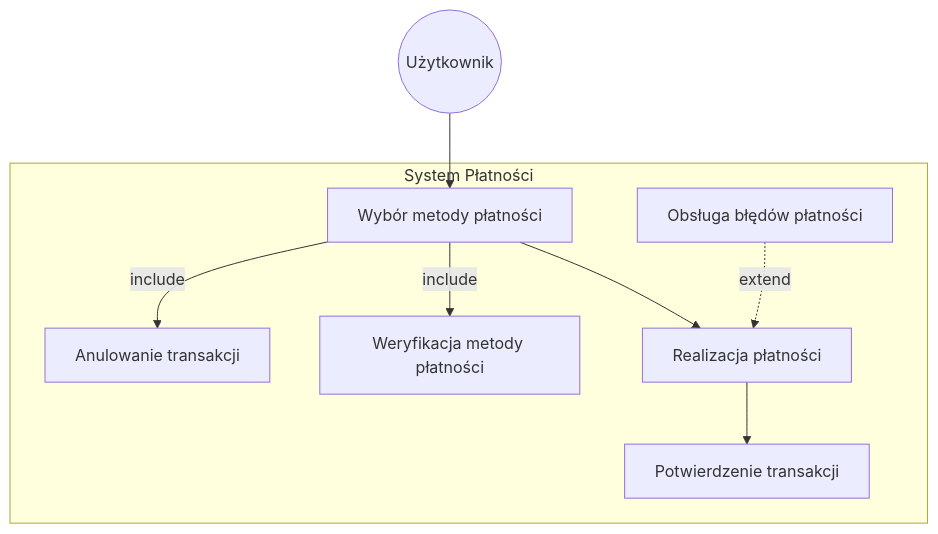
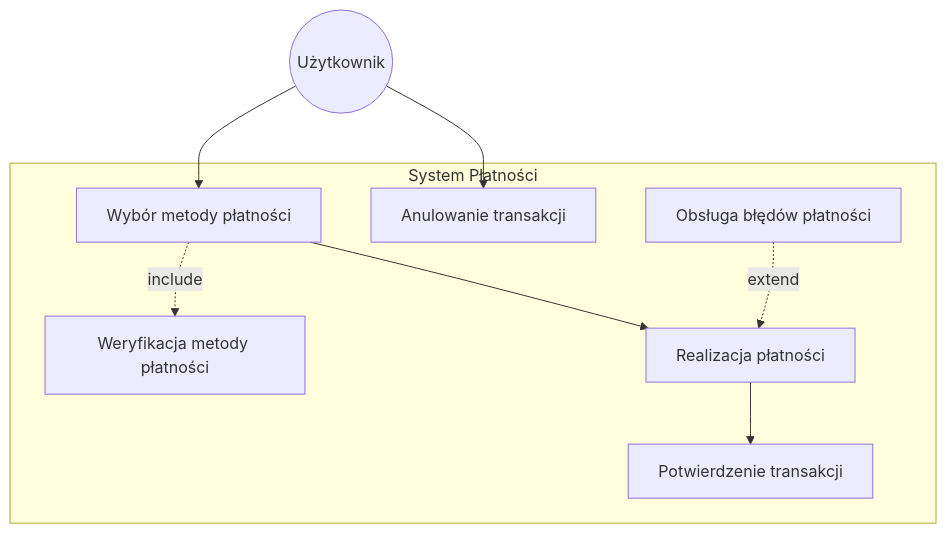
One commit to ArtemOmelchenk0/MWO changed the third of 5 diagrams in Historie dla użytkownika.md. Above: the diagram before and after it, drawn with Mermaid. The commit also changed other lines of this file, not shown here.

Commit message:
Update UC diagrams for użytkownik.md

````diff
--- a/Historie dla użytkownika.md
+++ b/Historie dla użytkownika.md
@@ -76,31 +76,31 @@
 ```mermaid
 graph TD
     User(("Użytkownik"))
     UseCase1["Wybór metody płatności"]
     UseCase2["Weryfikacja metody płatności"]
     UseCase3["Realizacja płatności"]
     UseCase4["Potwierdzenie transakcji"]
     UseCase5["Anulowanie transakcji"]
     UseCase6["Obsługa błędów płatności"]
 
     User --> UseCase1
-    
+    User --> UseCase5
     UseCase1 --> UseCase3
     UseCase3 --> UseCase4
     
     %% Include relationships
-    UseCase1 --include--> UseCase2
-    UseCase1 --include--> UseCase5
+    UseCase1 -.include.-> UseCase2
+    
     
     %% Extend relationship
     UseCase6 -.extend.-> UseCase3
     
     subgraph System Płatności
         UseCase1
         UseCase2
         UseCase3
         UseCase4
         UseCase5
         UseCase6
     end
 ```
````
